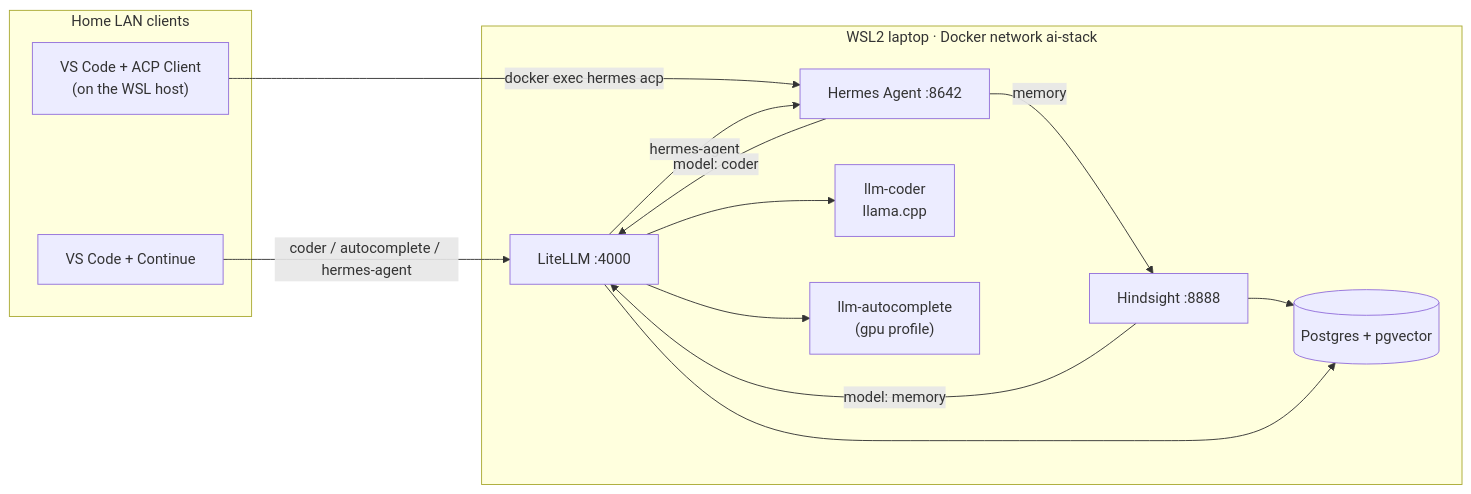
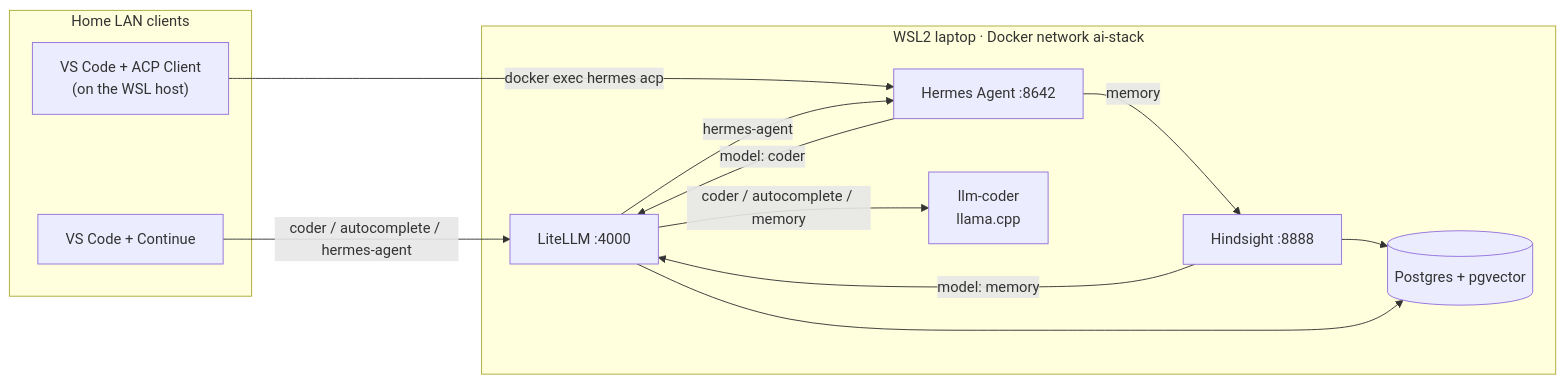
The diagram in README.md (wyhitomi/ai-stack), drawn with Mermaid before and after one commit. The commit also changed other lines of this file and 15 other files, not shown here.

````diff
--- a/README.md
+++ b/README.md
@@ -22,24 +22,23 @@
 ```mermaid
 flowchart LR
   subgraph LAN["Home LAN clients"]
     VS["VS Code + Continue"]
     ACP["VS Code + ACP Client<br/>(on the WSL host)"]
   end
   subgraph WSL["WSL2 laptop · Docker network ai-stack"]
     LL["LiteLLM :4000"]
     HM["Hermes Agent :8642"]
     HS["Hindsight :8888"]
     C["llm-coder<br/>llama.cpp"]
-    A["llm-autocomplete<br/>(gpu profile)"]
     PG[("Postgres + pgvector")]
   end
   VS -- "coder / autocomplete / hermes-agent" --> LL
   ACP -- "docker exec hermes acp" --> HM
   LL -- "hermes-agent" --> HM
   HM -- "model: coder" --> LL
-  LL --> C & A
+  LL -- "coder / autocomplete / memory" --> C
   HM -- memory --> HS
   HS -- "model: memory" --> LL
   HS --> PG
   LL --> PG
 ```
````
